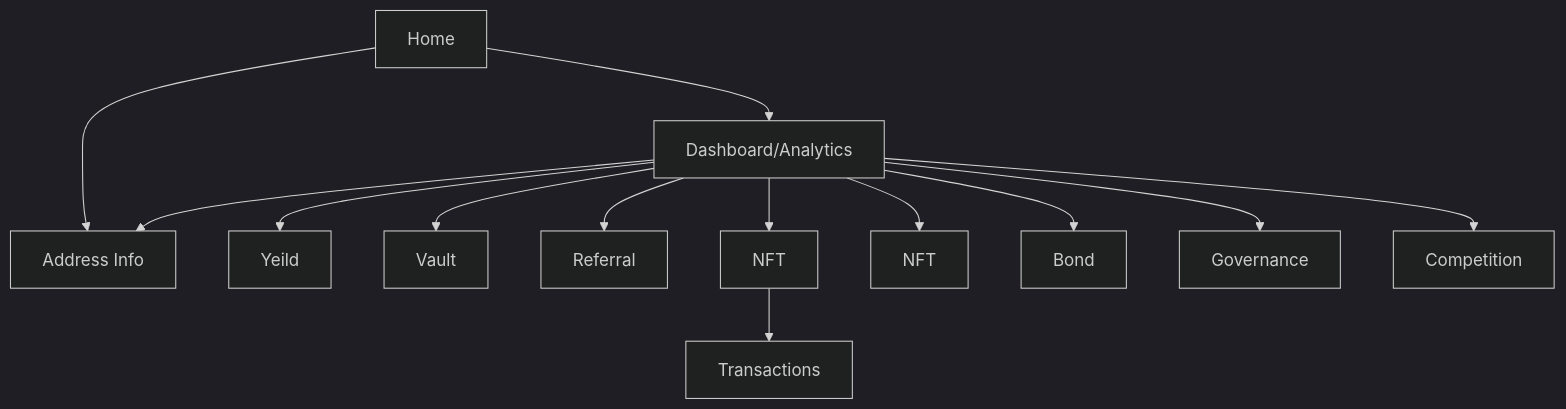
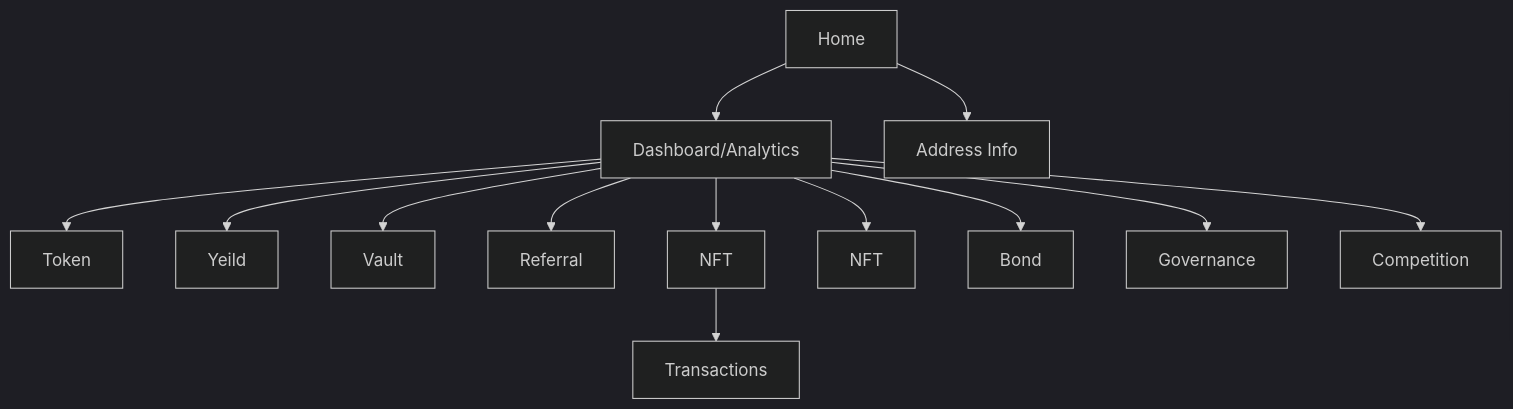
The diagram in docs/sitemap.md (PositionExchangeHolder/position-exchange-analytics), drawn with Mermaid (dark theme) before and after one commit.

Commit message:
docs: fix sitemap

````diff
--- a/docs/sitemap.md
+++ b/docs/sitemap.md
@@ -3,16 +3,16 @@
 ```mermaid
 graph TD
   A[Home] --> B[Dashboard/Analytics]
     B --> C[Token]
     B --> D[Yeild]
     B --> E[Vault]
     B --> F[Referral]
     B --> G[NFT]
       G --> G1[Transactions]
     B --> H[NFT]
     B --> I[Bond]
     B --> K[Governance]
     B --> L[Competition]
     %% B -> M[Public Sale]
-  A[Home] --> C[Address Info]
+  A[Home] --> Z[Address Info]
 ```
````
